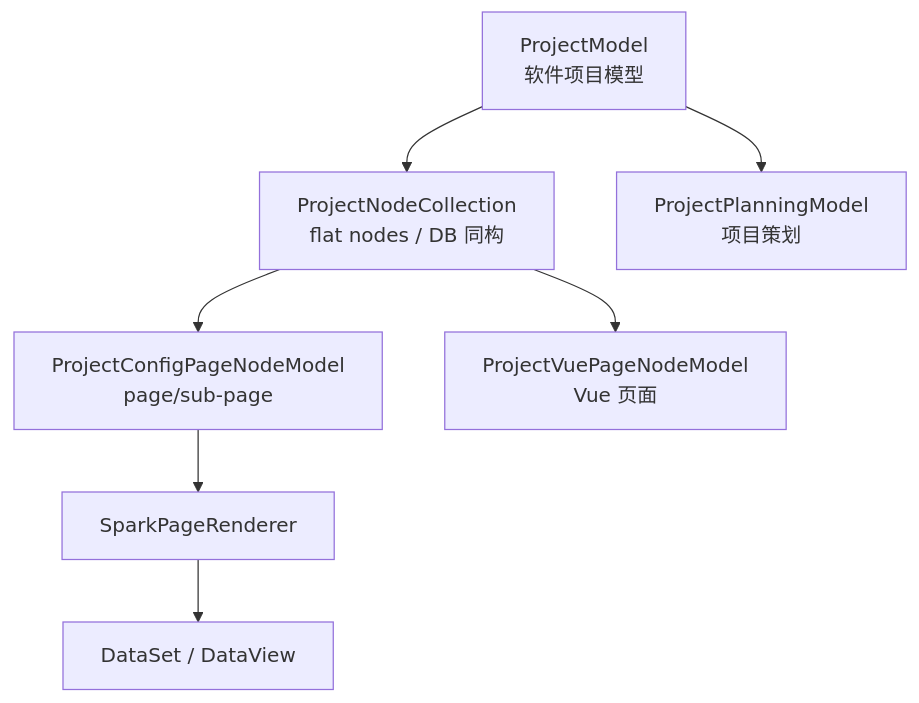
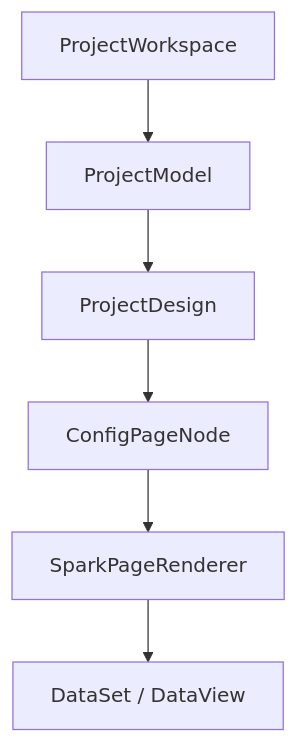
One commit to LMSpark/spark-view-vue changed the diagram in docs/SPARK_APPWORKS_PROJECT_DEEP_DIVE_ZH.md. Above: the diagram before and after it, drawn with Mermaid. The commit also changed other lines of this file and 5 other files, not shown here.

````diff
--- a/docs/SPARK_APPWORKS_PROJECT_DEEP_DIVE_ZH.md
+++ b/docs/SPARK_APPWORKS_PROJECT_DEEP_DIVE_ZH.md
@@ -17,17 +17,15 @@
 ```mermaid
 flowchart TB
-  Project["ProjectModel<br/>软件项目模型"]
-  Nodes["ProjectNodeCollection<br/>flat nodes / DB 同构"]
-  Planning["ProjectPlanningModel<br/>项目策划"]
-  ConfigPage["ProjectConfigPageNodeModel<br/>page/sub-page"]
-  VuePage["ProjectVuePageNodeModel<br/>Vue 页面"]
+  Workspace["ProjectWorkspace"]
+  Project["ProjectModel"]
+  Design["ProjectDesign"]
+  ConfigPage["ConfigPageNode"]
   Renderer["SparkPageRenderer"]
   Data["DataSet / DataView"]
 
-  Project --> Nodes
-  Project --> Planning
-  Nodes --> ConfigPage
-  Nodes --> VuePage
+  Workspace --> Project
+  Project --> Design
+  Design --> ConfigPage
   ConfigPage --> Renderer
   Renderer --> Data
 ```
````
